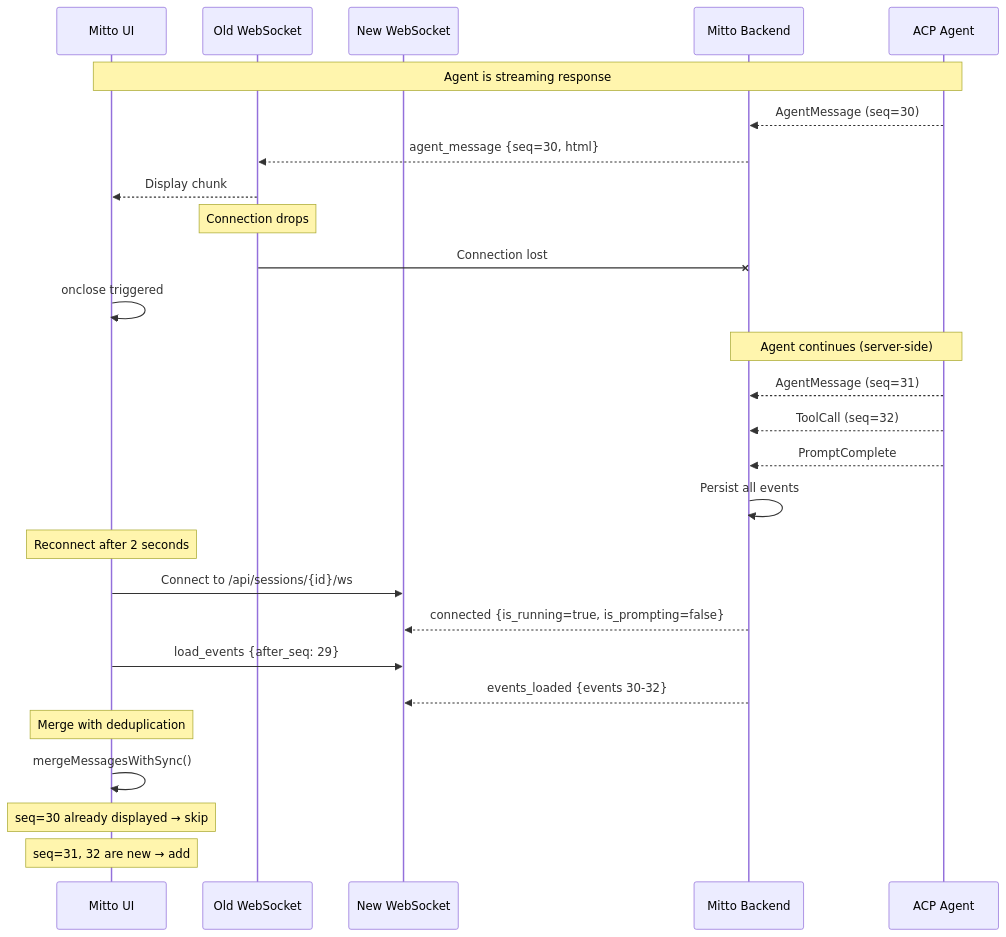
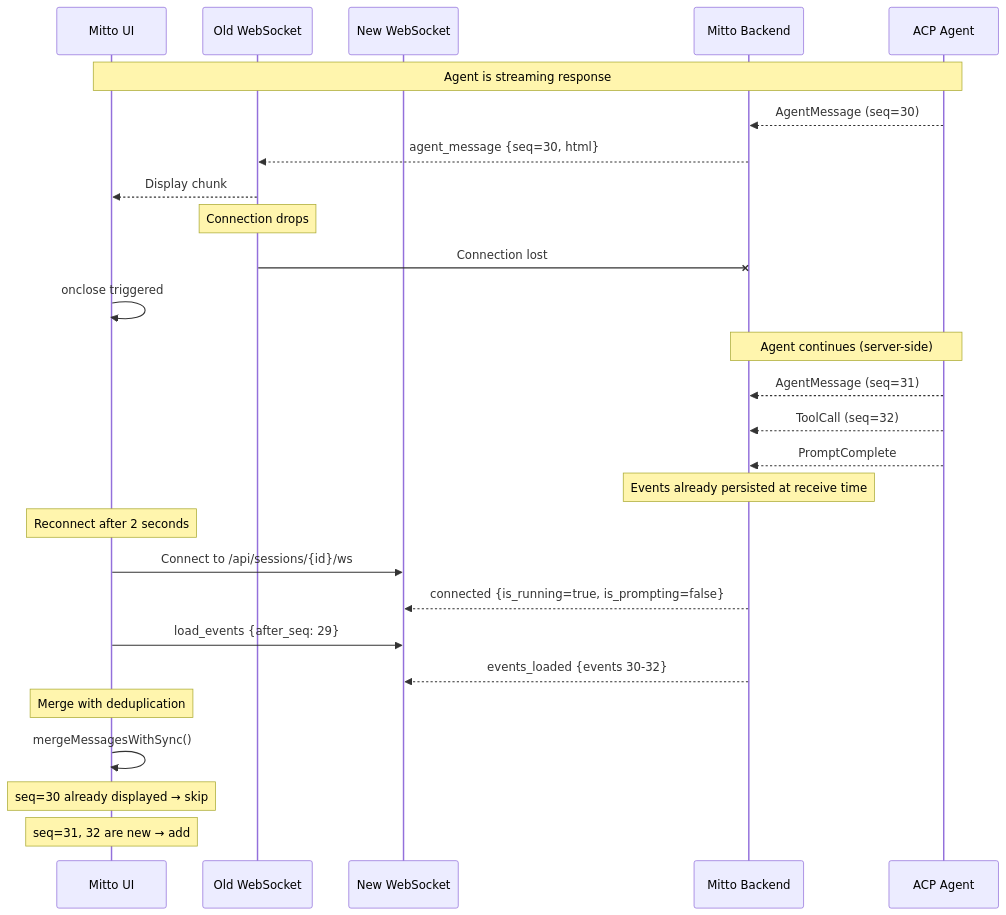
One commit to inercia/mitto changed the eighth of 14 diagrams in docs/devel/websockets/communication-flows.md. Above: the diagram before and after it, drawn with Mermaid. The commit also changed other lines of this file and 9 other files, not shown here.

````diff
--- a/docs/devel/websockets/communication-flows.md
+++ b/docs/devel/websockets/communication-flows.md
@@ -292,35 +296,35 @@
 ```mermaid
 sequenceDiagram
     participant UI as Mitto UI
     participant OldWS as Old WebSocket
     participant NewWS as New WebSocket
     participant Backend as Mitto Backend
     participant ACP as ACP Agent
 
     Note over UI,ACP: Agent is streaming response
     ACP-->>Backend: AgentMessage (seq=30)
     Backend-->>OldWS: agent_message {seq=30, html}
     OldWS-->>UI: Display chunk
 
     Note over OldWS: Connection drops
     OldWS-xBackend: Connection lost
     UI->>UI: onclose triggered
 
     Note over ACP,Backend: Agent continues (server-side)
     ACP-->>Backend: AgentMessage (seq=31)
     ACP-->>Backend: ToolCall (seq=32)
     ACP-->>Backend: PromptComplete
-    Backend->>Backend: Persist all events
+    Note over Backend: Events already persisted at receive time
 
     Note over UI: Reconnect after 2 seconds
     UI->>NewWS: Connect to /api/sessions/{id}/ws
     Backend-->>NewWS: connected {is_running=true, is_prompting=false}
 
     UI->>NewWS: load_events {after_seq: 29}
     Backend-->>NewWS: events_loaded {events 30-32}
 
     Note over UI: Merge with deduplication
     UI->>UI: mergeMessagesWithSync()
     Note over UI: seq=30 already displayed → skip
     Note over UI: seq=31, 32 are new → add
 ```
````
